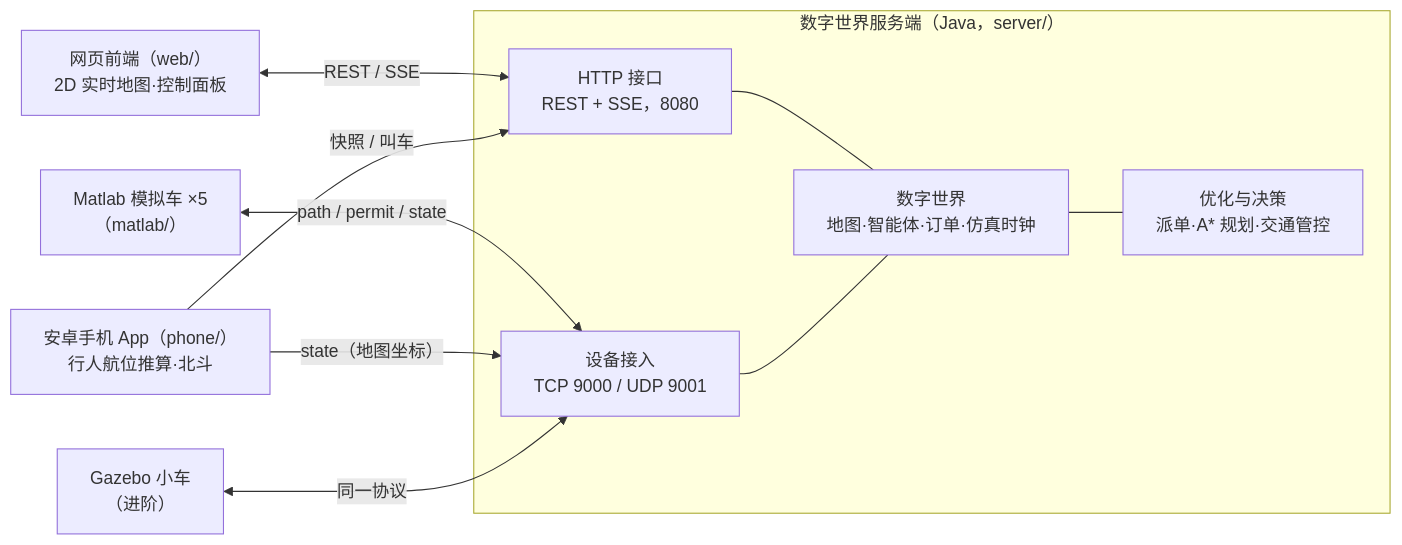
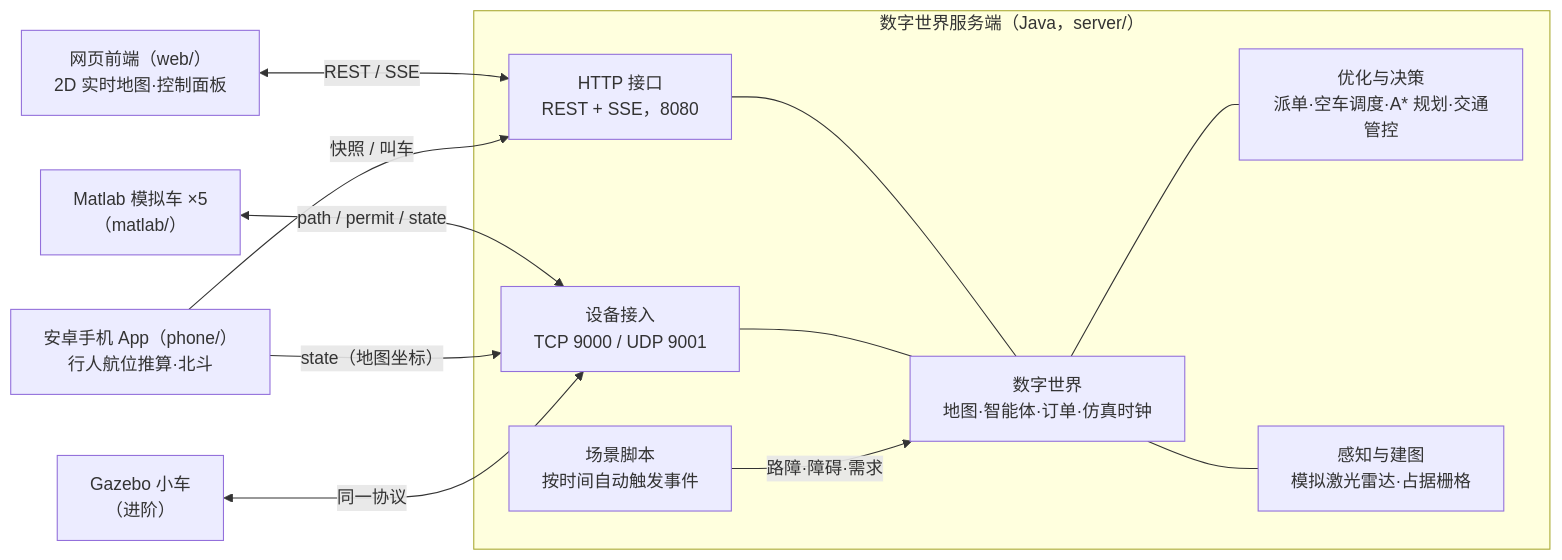
Before and after one commit to fuzeliang1/ZongC: the first of 5 diagrams in docs/architecture.md, drawn with Mermaid. The commit also changed other lines of this file and 22 other files, not shown here.

````diff
--- a/docs/architecture.md
+++ b/docs/architecture.md
@@ -7,21 +7,25 @@
 ```mermaid
 flowchart LR
     UI["网页前端（web/）<br/>2D 实时地图·控制面板"]
     M["Matlab 模拟车 ×5<br/>（matlab/）"]
     P["安卓手机 App（phone/）<br/>行人航位推算·北斗"]
     G["Gazebo 小车<br/>（进阶）"]
     subgraph 服务端["数字世界服务端（Java，server/）"]
         API["HTTP 接口<br/>REST + SSE，8080"]
         DEV["设备接入<br/>TCP 9000 / UDP 9001"]
         DW["数字世界<br/>地图·智能体·订单·仿真时钟"]
-        OPT["优化与决策<br/>派单·A* 规划·交通管控"]
+        OPT["优化与决策<br/>派单·空车调度·A* 规划·交通管控"]
+        PER["感知与建图<br/>模拟激光雷达·占据栅格"]
+        SCN["场景脚本<br/>按时间自动触发事件"]
     end
     UI <-->|"REST / SSE"| API
     M <-->|"path / permit / state"| DEV
     P -->|"state（地图坐标）"| DEV
     P -->|"快照 / 叫车"| API
     G <-->|同一协议| DEV
     API --- DW
     DEV --- DW
     DW --- OPT
+    DW --- PER
+    SCN -->|路障·障碍·需求| DW
 ```
````
